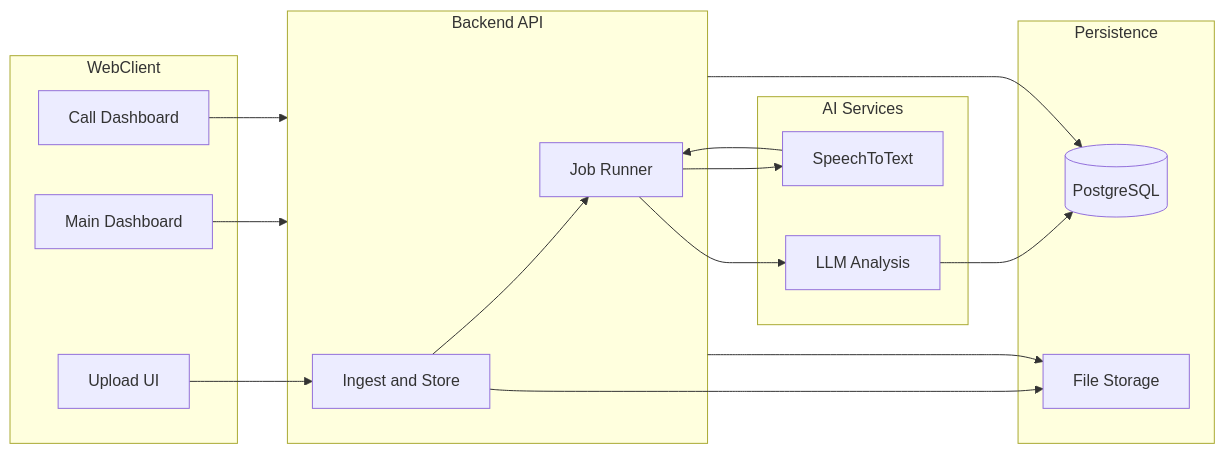
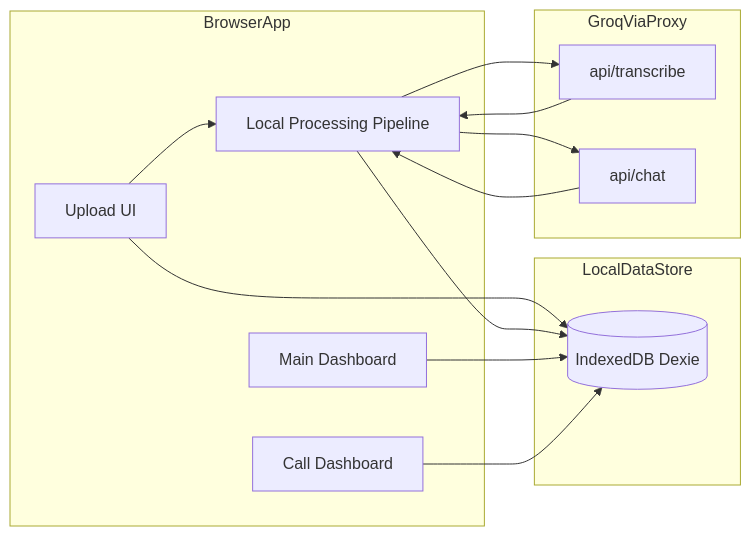
Before and after one commit to mehtaharshilcp/call-intel: the diagram in docs/PROJECT_PLAN.md, drawn with Mermaid. The commit also changed other lines of this file and 1 other file, not shown here.

````diff
--- a/docs/PROJECT_PLAN.md
+++ b/docs/PROJECT_PLAN.md
@@ -63,31 +63,25 @@
 ```mermaid
 flowchart LR
-  subgraph client [WebClient]
+  subgraph client [BrowserApp]
     Upload[Upload UI]
     MainDash[Main Dashboard]
     CallDash[Call Dashboard]
+    LocalPipeline[Local Processing Pipeline]
   end
-  subgraph api [Backend API]
-    Ingest[Ingest and Store]
-    Jobs[Job Runner]
+  subgraph data [LocalDataStore]
+    IDB[(IndexedDB Dexie)]
   end
-  subgraph ai [AI Services]
-    STT[SpeechToText]
-    LLM[LLM Analysis]
+  subgraph ai [GroqViaProxy]
+    STT[api/transcribe]
+    LLM[api/chat]
   end
-  subgraph data [Persistence]
-    DB[(PostgreSQL)]
-    FS[File Storage]
-  end
-  Upload --> Ingest
-  Ingest --> FS
-  Ingest --> Jobs
-  Jobs --> STT
-  STT --> Jobs
-  Jobs --> LLM
-  LLM --> DB
-  MainDash --> api
-  CallDash --> api
-  api --> DB
-  api --> FS
+  Upload --> IDB
+  Upload --> LocalPipeline
+  LocalPipeline --> STT
+  LocalPipeline --> LLM
+  STT --> LocalPipeline
+  LLM --> LocalPipeline
+  LocalPipeline --> IDB
+  MainDash --> IDB
+  CallDash --> IDB
 ```
````
